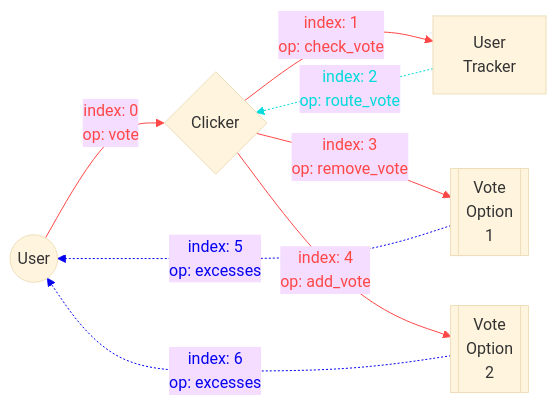
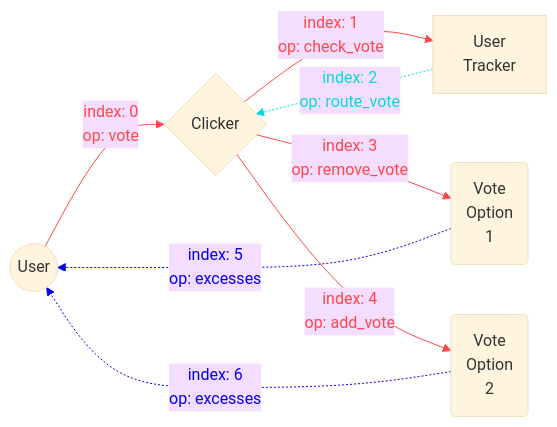
One commit to sikvelsigma/ton-template changed the seventh of 7 diagrams in docs/task.md. Above: the diagram before and after it, drawn with Mermaid (base theme). The commit also changed other lines of this file and 2 other files, not shown here.

````diff
--- a/docs/task.md
+++ b/docs/task.md
@@ -173,24 +173,24 @@
 ```mermaid
 flowchart LR
 	A0(("User"))
 	A1{"Clicker"}
 	A2["User<br/>Tracker"]
-	A3[["Vote<br/>Option<br/>1"]]
-	A4[["Vote<br/>Option<br/>2"]]
+	A3("Vote<br/>Option<br/>1")
+	A4("Vote<br/>Option<br/>2")
 
 	A0 --> |index: 0<br/>op: vote|A1
 	A1 --> |index: 1<br/>op: check_vote|A2
 	A2 -.-> |index: 2<br/>op: route_vote|A1
 	A1 --> |index: 3<br/>op: remove_vote|A3
 	A1 --> |index: 4<br/>op: add_vote|A4
     A3 -.-> |index: 5<br/>op: excesses|A0
     A4 -.-> |index: 6<br/>op: excesses|A0
 
 	linkStyle 0 stroke:#ff4747,color:#ff4747
 	linkStyle 1 stroke:#ff4747,color:#ff4747
 	linkStyle 2 stroke:#02dbdb,color:#02dbdb
 	linkStyle 3 stroke:#ff4747,color:#ff4747
 	linkStyle 4 stroke:#ff4747,color:#ff4747
 	linkStyle 5 stroke:#0400f0,color:#0400f0
 	linkStyle 6 stroke:#0400f0,color:#0400f0
 ```
````
